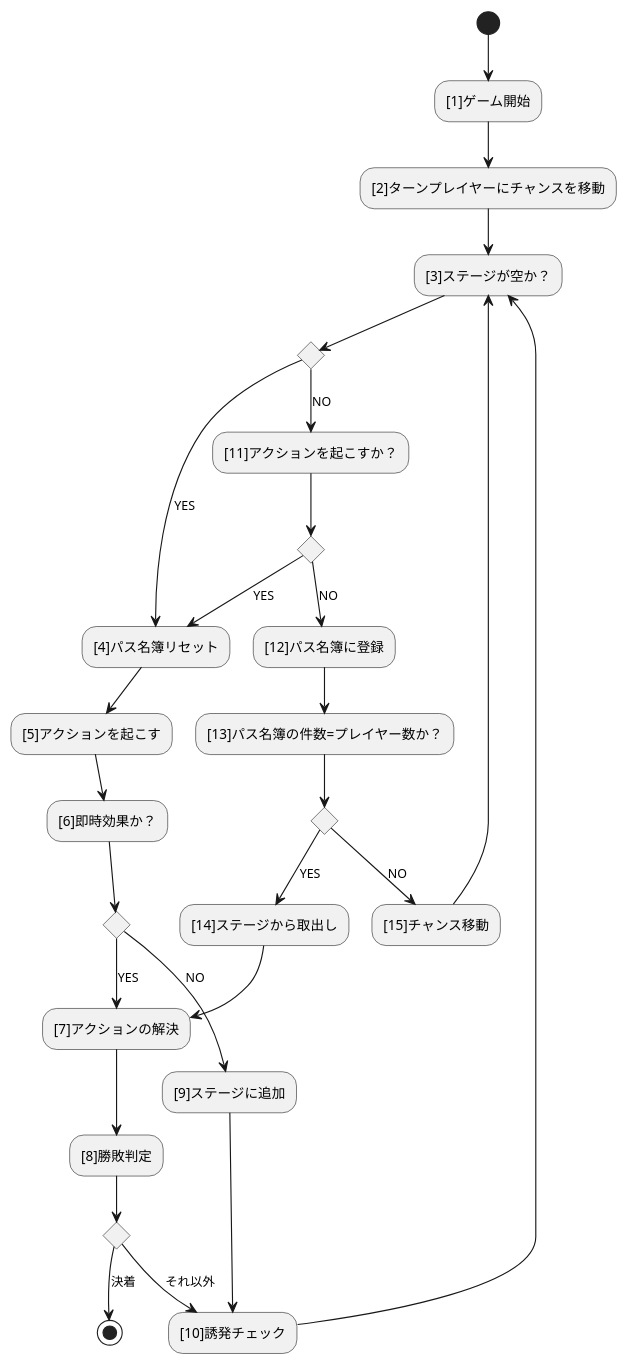
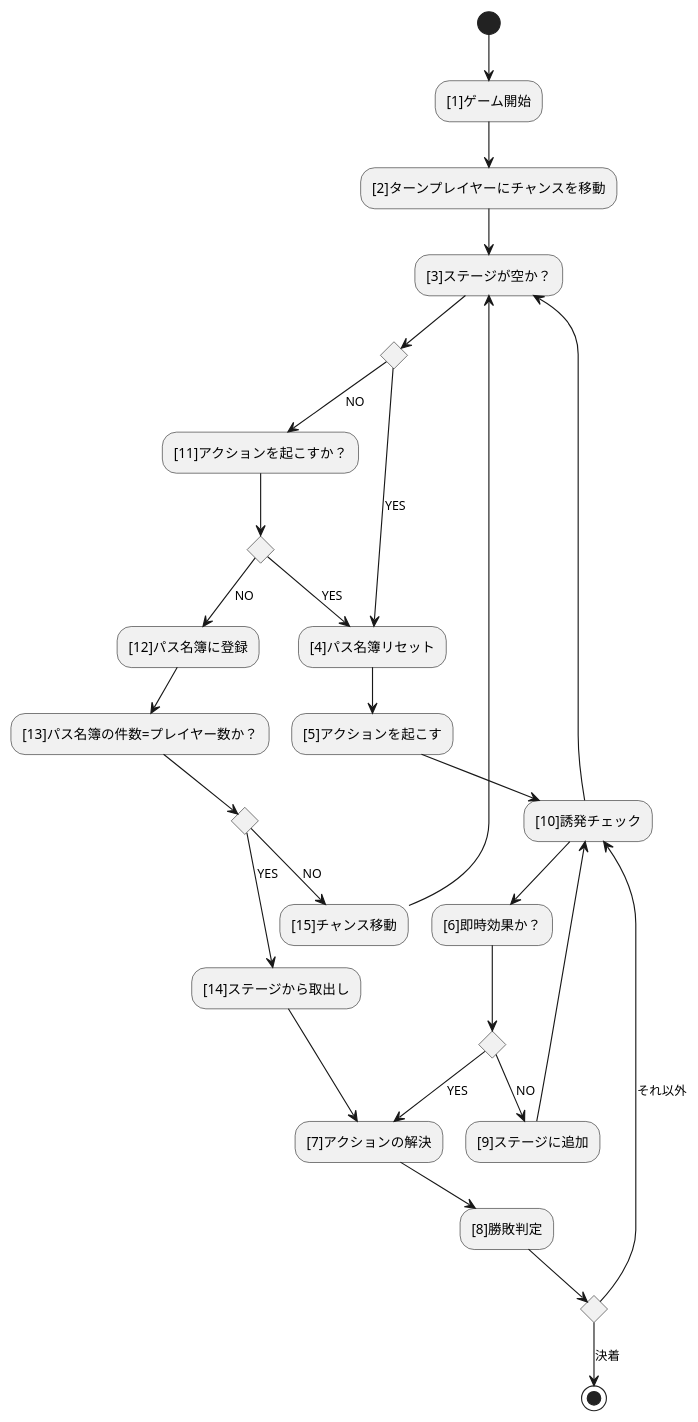
The diagram in source/core/coreflow.puml (BlackPoker/BlackPoker), drawn with PlantUML before and after one commit. The commit also changed 1 other file, not shown here.

```diff
--- a/source/core/coreflow.puml
+++ b/source/core/coreflow.puml
@@ -1,39 +1,40 @@
 @startuml
 (*) --> "[1]ゲーム開始"
 --> "[2]ターンプレイヤーにチャンスを移動"
 -->"[3]ステージが空か？"
 
 if "" then
     -->[YES] "[4]パス名簿リセット"
     --> "[5]アクションを起こす"
+    --> "[10]誘発チェック"
     --> "[6]即時効果か？"
     if "" then
         -->[YES] "[7]アクションの解決"
         --> "[8]勝敗判定"
         if "" then
             -->[決着] (*)
         else
             -->[それ以外] "[10]誘発チェック"
         endif
     else
         -->[NO] "[9]ステージに追加"
         --> "[10]誘発チェック"
     endif
     --> "[3]ステージが空か？"
 else
     -->[NO] "[11]アクションを起こすか？"
     if "" then
         -->[YES] "[4]パス名簿リセット"
     else
         --> [NO] "[12]パス名簿に登録"
         --> "[13]パス名簿の件数=プレイヤー数か？"
         if "" then
             -->[YES] ”[14]ステージから取出し”
             --> "[7]アクションの解決"
         else
             --> [NO] "[15]チャンス移動"
             --> "[3]ステージが空か？"
         endif
     endif
 endif
 @enduml
```
